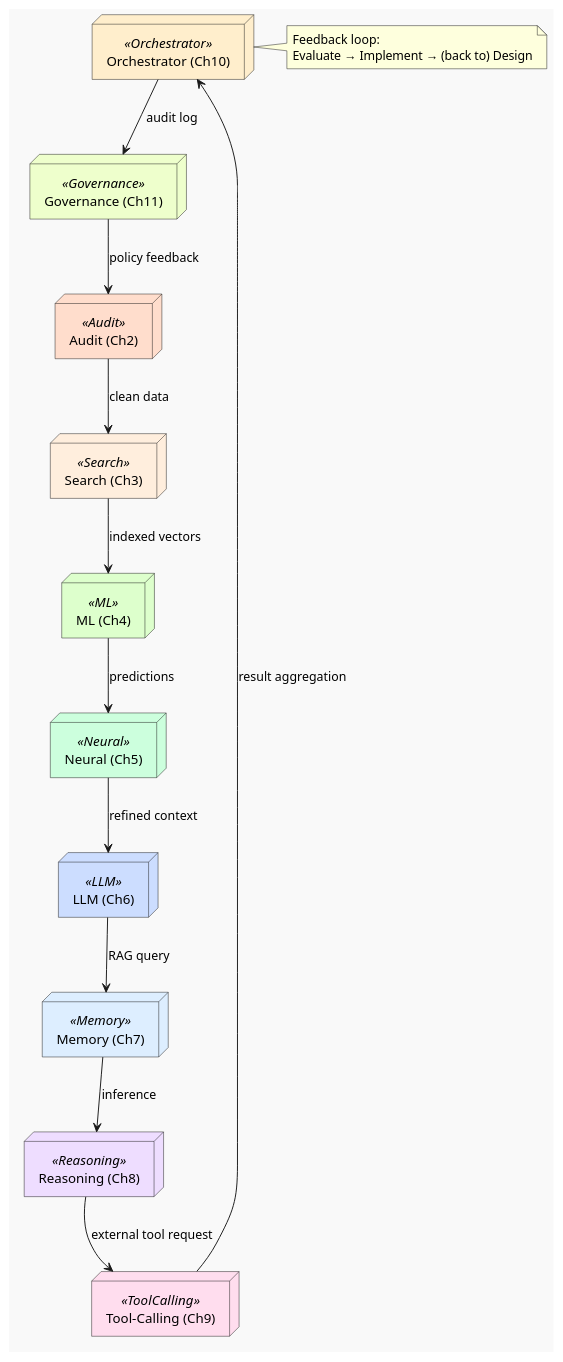
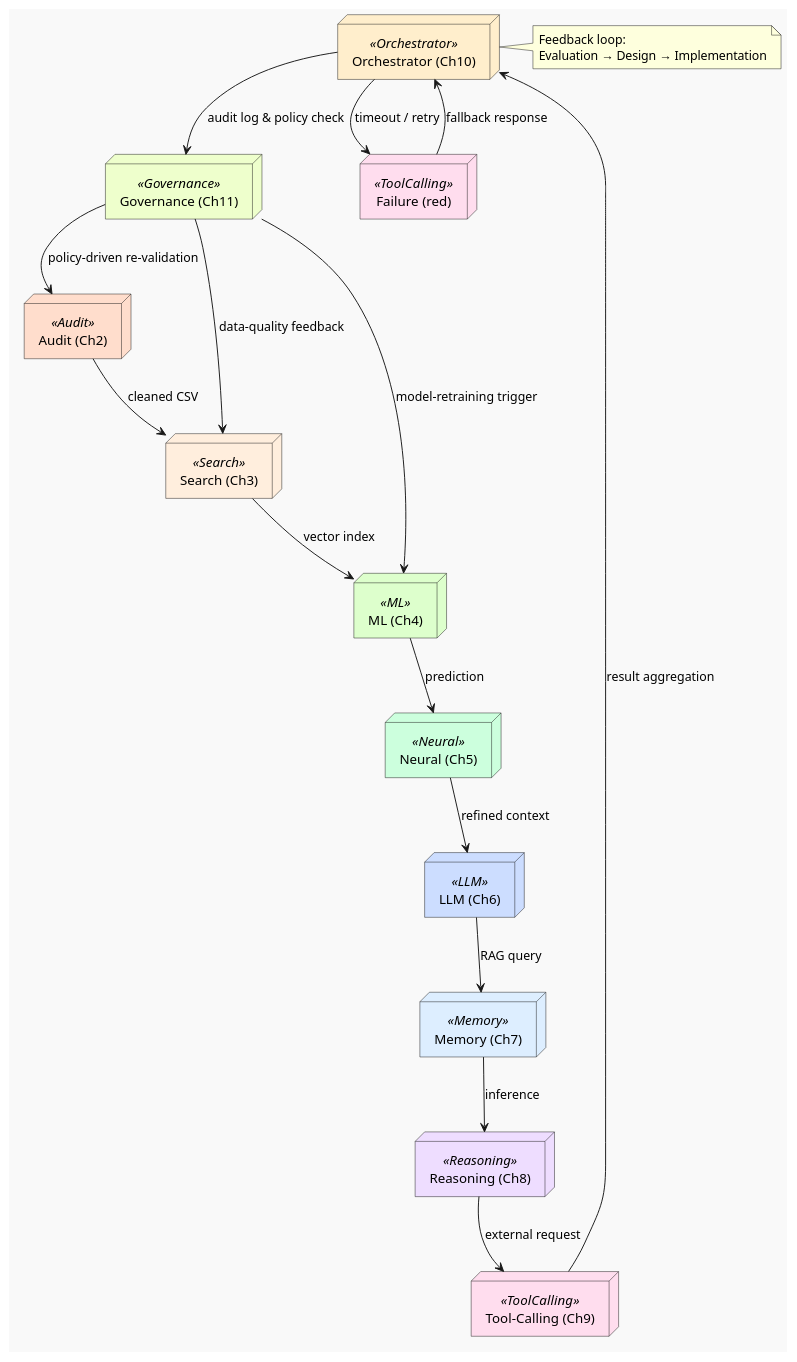
One commit to InquiryInstitute/AIPA changed the diagram in aipa/llm-elevated/ch12-lecture-01.adoc. Above: the diagram before and after it, drawn with PlantUML. The commit also changed other lines of this file and 128 other files, not shown here.

```diff
--- a/aipa/llm-elevated/ch12-lecture-01.adoc
+++ b/aipa/llm-elevated/ch12-lecture-01.adoc
@@ -107,44 +143,48 @@
 [plantuml,ch12-l01,png,theme=sketchy-outline]
 ....
 @startuml
 skinparam backgroundColor #F9F9F9
 skinparam node {
   BackgroundColor<<Audit>> #FFDDCC
   BackgroundColor<<Search>> #FFEEDD
   BackgroundColor<<ML>> #DDFFCC
   BackgroundColor<<Neural>> #CCFFDD
   BackgroundColor<<LLM>> #CCDDFF
   BackgroundColor<<Memory>> #DDEEFF
   BackgroundColor<<Reasoning>> #EEDDFF
   BackgroundColor<<ToolCalling>> #FFDDEE
   BackgroundColor<<Orchestrator>> #FFEECC
   BackgroundColor<<Governance>> #EEFFCC
 }
 node "Audit (Ch2)" <<Audit>> as A
 node "Search (Ch3)" <<Search>> as S
 node "ML (Ch4)" <<ML>> as M
 node "Neural (Ch5)" <<Neural>> as N
 node "LLM (Ch6)" <<LLM>> as L
 node "Memory (Ch7)" <<Memory>> as R
 node "Reasoning (Ch8)" <<Reasoning>> as RE
 node "Tool‑Calling (Ch9)" <<ToolCalling>> as T
 node "Orchestrator (Ch10)" <<Orchestrator>> as O
 node "Governance (Ch11)" <<Governance>> as G
+node "Failure (red)" as F <<ToolCalling>>
 
-A --> S : clean data
-S --> M : indexed vectors
-M --> N : predictions
+A --> S : cleaned CSV
+S --> M : vector index
+M --> N : prediction
 N --> L : refined context
 L --> R : RAG query
 R --> RE : inference
-RE --> T : external tool request
+RE --> T : external request
 T --> O : result aggregation
-O --> G : audit log
-G --> A : policy feedback
-
+O --> G : audit log & policy check
+G --> A : policy‑driven re‑validation
+G --> S : data‑quality feedback
+G --> M : model‑retraining trigger
+O --> F : timeout / retry
+F --> O : fallback response
 note right of O
   Feedback loop:
-  Evaluate → Implement → (back to) Design
+  Evaluation → Design → Implementation
 end note
 @enduml
 ....
```
